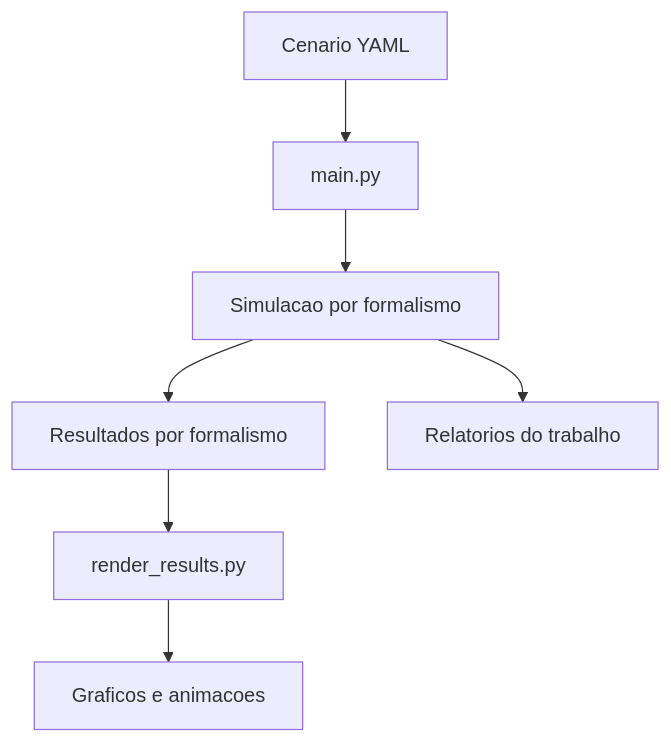
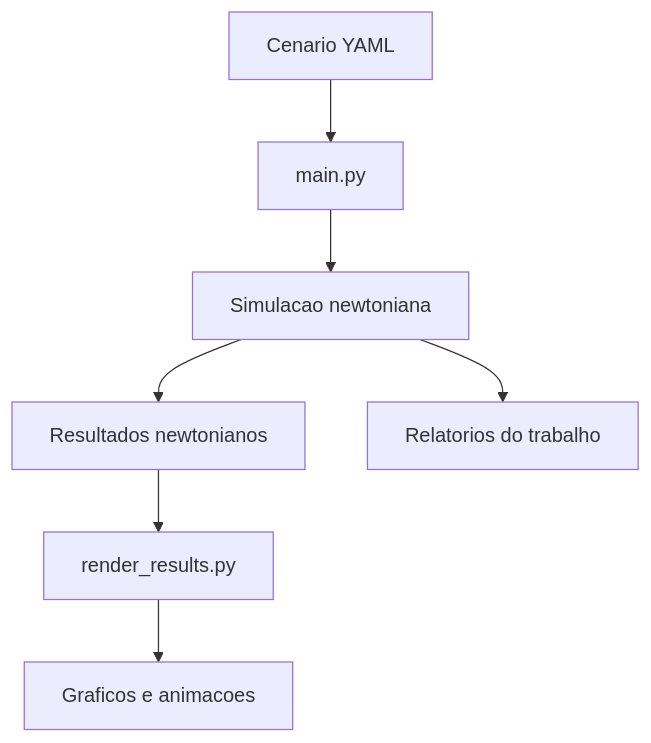
One commit to Jootiinha/mecanica-classica-e-quantica-n-corpos changed the diagram in arquitetura.md. Above: the diagram before and after it, drawn with Mermaid. The commit also changed other lines of this file and 9 other files, not shown here.

````diff
--- a/arquitetura.md
+++ b/arquitetura.md
@@ -5,10 +5,10 @@
 ```mermaid
 flowchart TD
     A[Cenario YAML] --> B[main.py]
-    B --> C[Simulacao por formalismo]
-    C --> D[Resultados por formalismo]
+    B --> C[Simulacao newtoniana]
+    C --> D[Resultados newtonianos]
     C --> E[Relatorios do trabalho]
 
     D --> F[render_results.py]
     F --> G[Graficos e animacoes]
 ```
````
